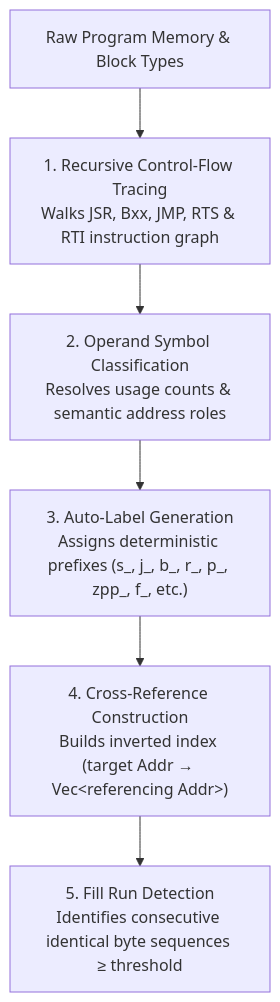
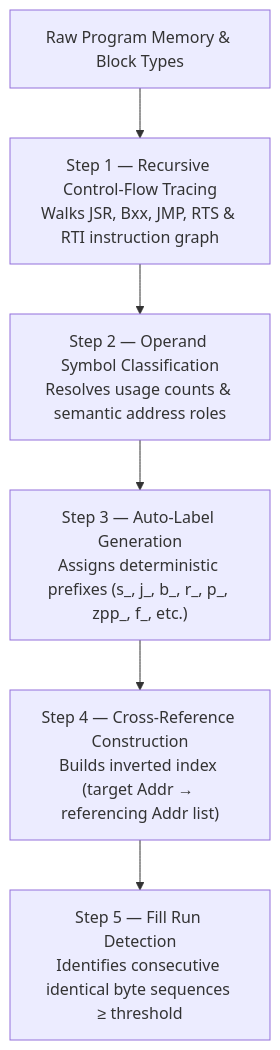
One commit to ricardoquesada/regenerator2000 changed the fourth of 11 diagrams in docs/architecture.md. Above: the diagram before and after it, drawn with Mermaid. The commit also changed other lines of this file, not shown here.

First line of the commit message:
Fix Mermaid v11 syntax errors and replace MathJax in architecture docs

````diff
--- a/docs/architecture.md
+++ b/docs/architecture.md
@@ -308,11 +308,11 @@
 ```mermaid
 flowchart TB
     Mem["Raw Program Memory & Block Types"]
-    Trace["1. Recursive Control-Flow Tracing<br/>Walks JSR, Bxx, JMP, RTS & RTI instruction graph"]
-    Classify["2. Operand Symbol Classification<br/>Resolves usage counts & semantic address roles"]
-    Labels["3. Auto-Label Generation<br/>Assigns deterministic prefixes (s_, j_, b_, r_, p_, zpp_, f_, etc.)"]
-    XRefs["4. Cross-Reference Construction<br/>Builds inverted index (target Addr → Vec#lt;referencing Addr#gt;)"]
-    Fill["5. Fill Run Detection<br/>Identifies consecutive identical byte sequences ≥ threshold"]
+    Trace["Step 1 — Recursive Control-Flow Tracing<br/>Walks JSR, Bxx, JMP, RTS & RTI instruction graph"]
+    Classify["Step 2 — Operand Symbol Classification<br/>Resolves usage counts & semantic address roles"]
+    Labels["Step 3 — Auto-Label Generation<br/>Assigns deterministic prefixes (s_, j_, b_, r_, p_, zpp_, f_, etc.)"]
+    XRefs["Step 4 — Cross-Reference Construction<br/>Builds inverted index (target Addr → referencing Addr list)"]
+    Fill["Step 5 — Fill Run Detection<br/>Identifies consecutive identical byte sequences ≥ threshold"]
 
     Mem --> Trace --> Classify --> Labels --> XRefs --> Fill
 ```
````
